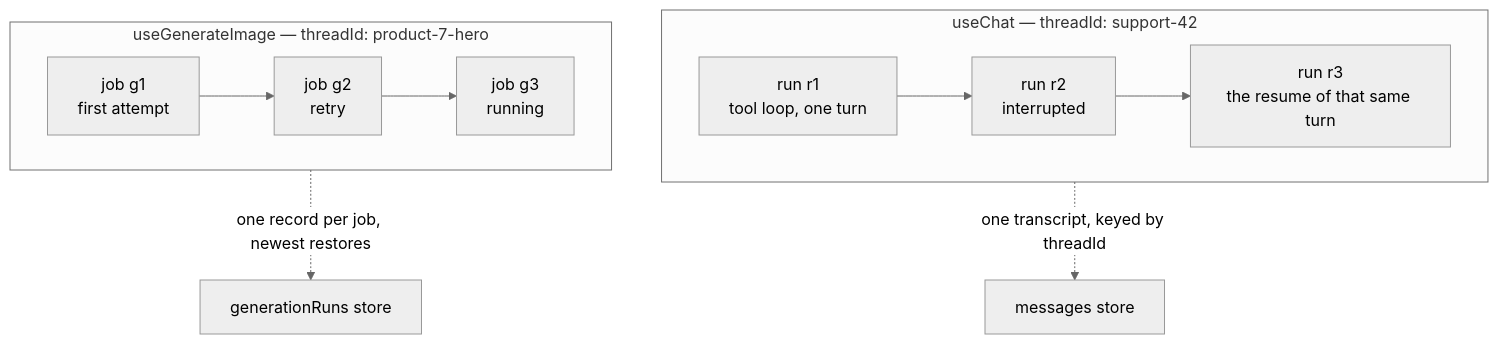
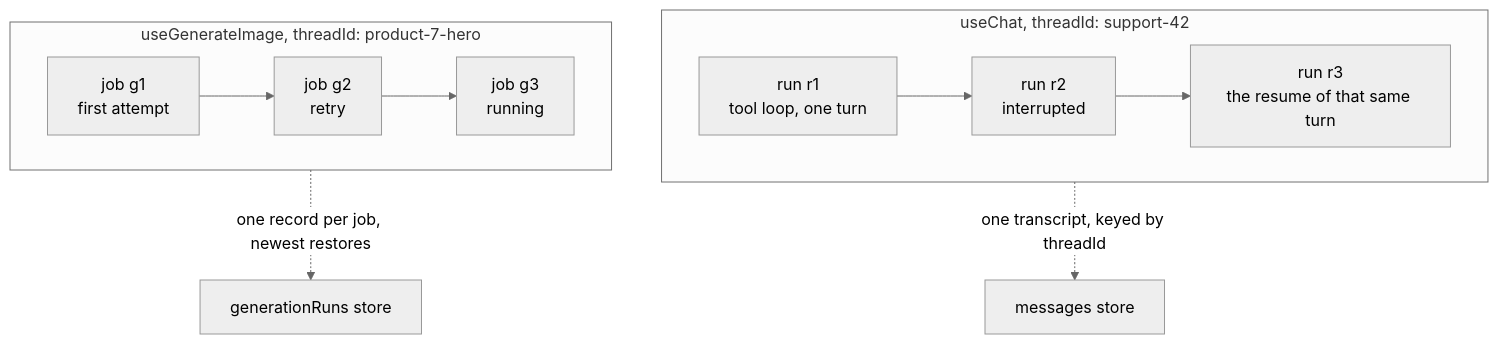
The diagram in docs/persistence/id-map.md (TanStack/ai), drawn with Mermaid (neutral theme) before and after one commit. The commit also changed 10 other files, not shown here.

````diff
--- a/docs/persistence/id-map.md
+++ b/docs/persistence/id-map.md
@@ -126,21 +126,21 @@
 ```mermaid
 flowchart TB
-    subgraph chat ["useChat — threadId: support-42"]
+    subgraph chat ["useChat, threadId: support-42"]
         direction LR
         c1["run r1
 tool loop, one turn"] --> c2["run r2
 interrupted"] --> c3["run r3
 the resume of that same turn"]
     end
 
-    subgraph gen ["useGenerateImage — threadId: product-7-hero"]
+    subgraph gen ["useGenerateImage, threadId: product-7-hero"]
         direction LR
         g1["job g1
 first attempt"] --> g2["job g2
 retry"] --> g3["job g3
 running"]
     end
 
     chat -. "one transcript, keyed by threadId" .-> cstore["messages store"]
     gen -. "one record per job, newest restores" .-> gstore["generationRuns store"]
 ```
````
